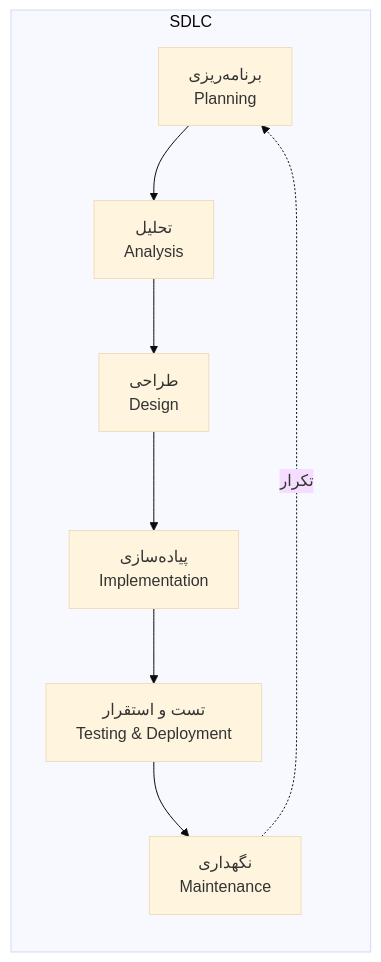
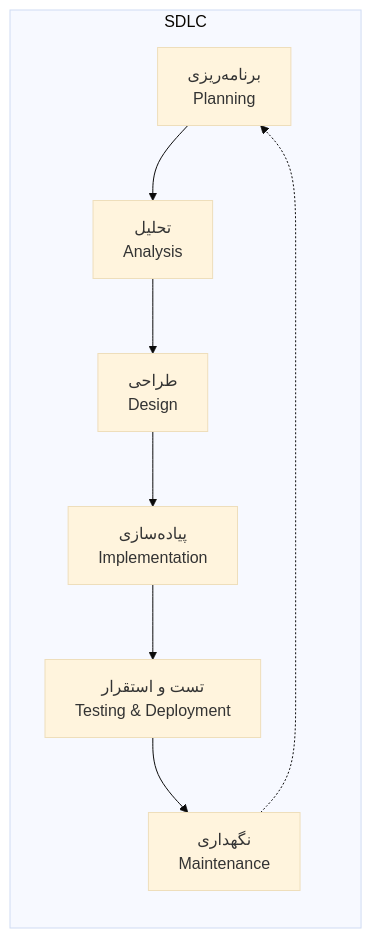
Before and after one commit to manp/software-engineering-course: the first of 2 diagrams in sessions/0-intro/02-sdlc.md, drawn with Mermaid (base theme). The commit also changed 3 other files, not shown here.

Commit message:
رفع خطای رندر Mermaid: جایگزینی quadrantChart با SVG چهارگانه بدهی فنی + ایمن‌سازی نمودارهای دیگر

````diff
--- a/sessions/0-intro/02-sdlc.md
+++ b/sessions/0-intro/02-sdlc.md
@@ -17,11 +17,11 @@
 ```mermaid
 flowchart LR
     subgraph SDLC
         A[برنامه‌ریزی<br/>Planning] --> B[تحلیل<br/>Analysis]
         B --> C[طراحی<br/>Design]
         C --> D[پیاده‌سازی<br/>Implementation]
         D --> E[تست و استقرار<br/>Testing & Deployment]
         E --> F[نگهداری<br/>Maintenance]
-        F -.تکرار.-> A
+        F -.-> A
     end
 ```
````
